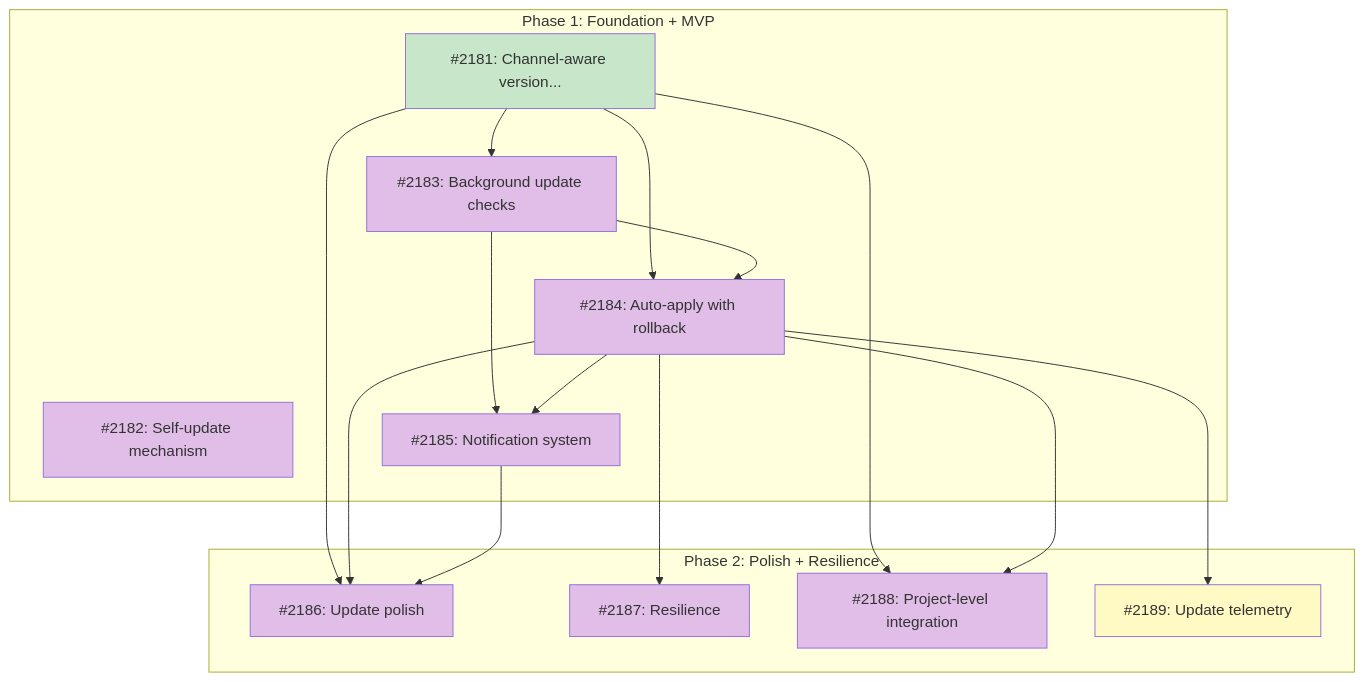
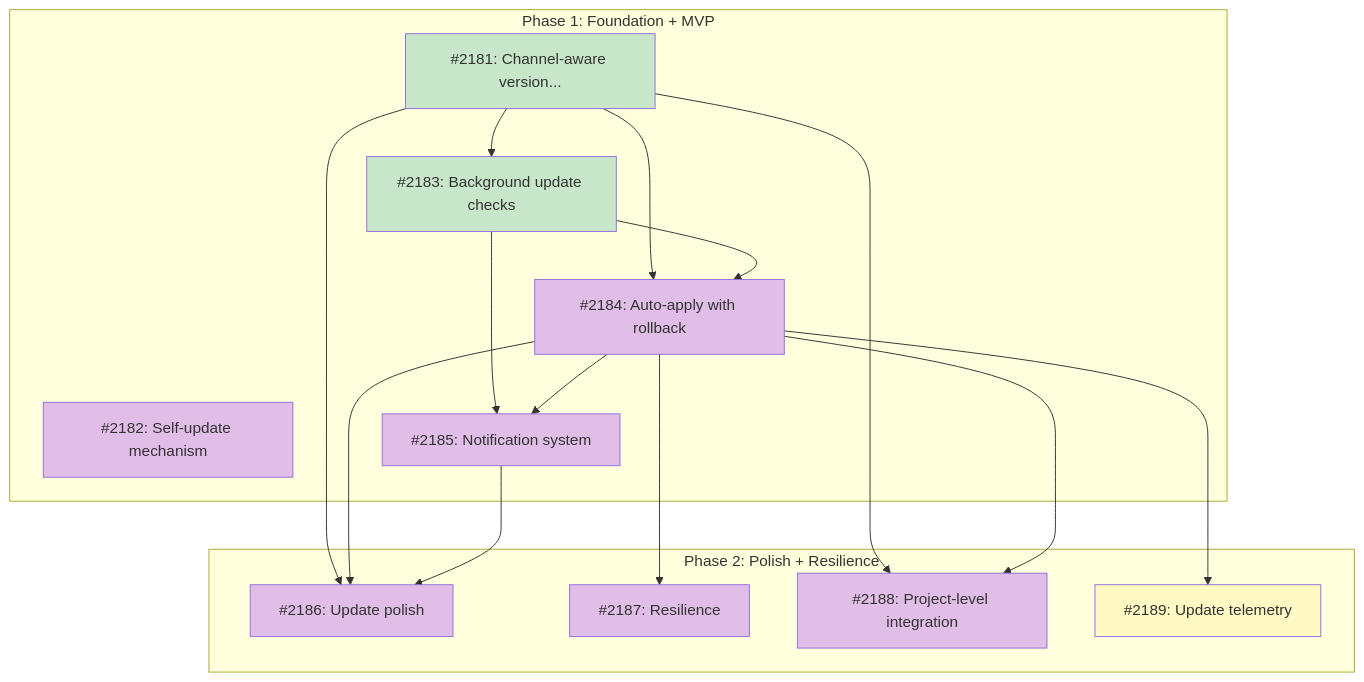
The diagram in docs/roadmaps/ROADMAP-auto-update.md (tsukumogami/tsuku), drawn with Mermaid before and after one commit. The commit also changed other lines of this file, not shown here.

Commit message:
docs(roadmap): mark Feature 2 (background update checks) as done

````diff
--- a/docs/roadmaps/ROADMAP-auto-update.md
+++ b/docs/roadmaps/ROADMAP-auto-update.md
@@ -149,45 +149,45 @@
 ```mermaid
 graph TD
     subgraph Phase1["Phase 1: Foundation + MVP"]
         I2181["#2181: Channel-aware version..."]
         I2182["#2182: Self-update mechanism"]
         I2183["#2183: Background update checks"]
         I2184["#2184: Auto-apply with rollback"]
         I2185["#2185: Notification system"]
     end
 
     subgraph Phase2["Phase 2: Polish + Resilience"]
         I2186["#2186: Update polish"]
         I2187["#2187: Resilience"]
         I2188["#2188: Project-level integration"]
         I2189["#2189: Update telemetry"]
     end
 
     I2181 --> I2183
     I2181 --> I2184
     I2183 --> I2184
     I2183 --> I2185
     I2184 --> I2185
     I2181 --> I2186
     I2184 --> I2186
     I2185 --> I2186
     I2184 --> I2187
     I2181 --> I2188
     I2184 --> I2188
     I2184 --> I2189
 
     classDef done fill:#c8e6c9
     classDef ready fill:#bbdefb
     classDef blocked fill:#fff9c4
     classDef needsDesign fill:#e1bee7
     classDef needsPrd fill:#b3e5fc
     classDef needsSpike fill:#ffcdd2
     classDef needsDecision fill:#d1c4e9
     classDef tracksDesign fill:#FFE0B2,stroke:#F57C00,color:#000
     classDef tracksPlan fill:#FFE0B2,stroke:#F57C00,color:#000
 
-    class I2181 done
-    class I2182,I2183 needsDesign
+    class I2181,I2183 done
+    class I2182 needsDesign
     class I2184,I2185,I2186,I2187,I2188 needsDesign
     class I2189 blocked
 ```
````
